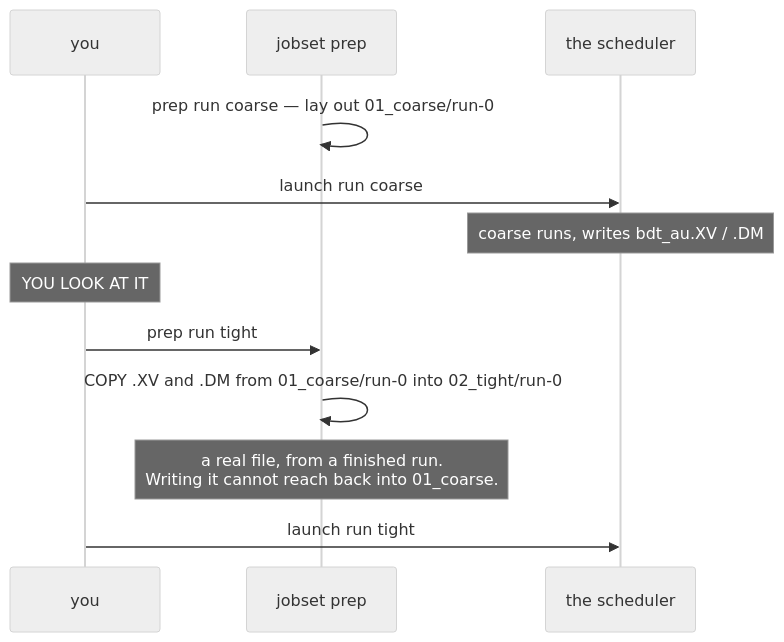
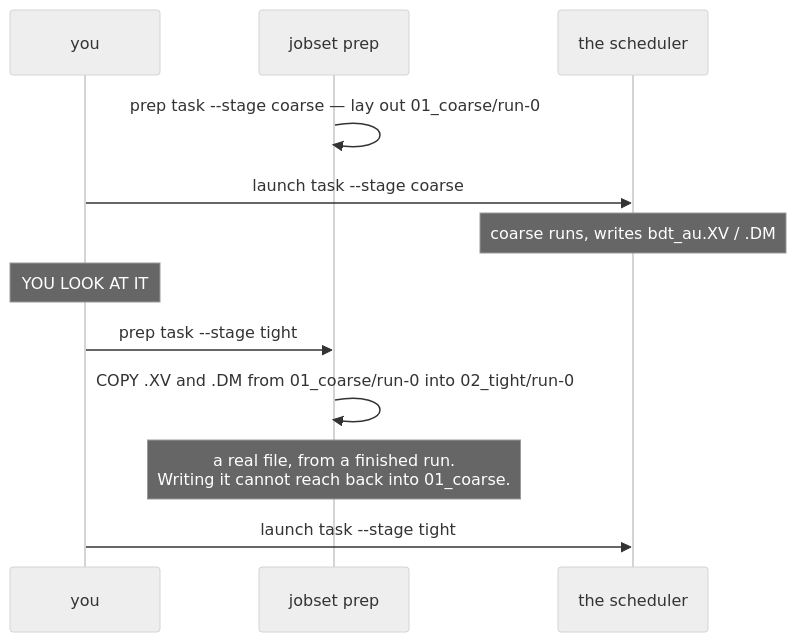
Before and after one commit to Qing-LAB/molbuilder: the third of 10 diagrams in docs/execution/job-system.md, drawn with Mermaid (neutral theme). The commit also changed other lines of this file and 30 other files, not shown here.

````diff
--- a/docs/execution/job-system.md
+++ b/docs/execution/job-system.md
@@ -700,14 +700,14 @@
 ```mermaid
 sequenceDiagram
     participant U as you
     participant P as jobset prep
     participant S as the scheduler
-    P->>P: prep run coarse — lay out 01_coarse/run-0
-    U->>S: launch run coarse
+    P->>P: prep task --stage coarse — lay out 01_coarse/run-0
+    U->>S: launch task --stage coarse
     Note over S: coarse runs, writes bdt_au.XV / .DM
     Note over U: YOU LOOK AT IT
-    U->>P: prep run tight
+    U->>P: prep task --stage tight
     P->>P: COPY .XV and .DM from 01_coarse/run-0 into 02_tight/run-0
     Note over P: a real file, from a finished run.<br/>Writing it cannot reach back into 01_coarse.
-    U->>S: launch run tight
+    U->>S: launch task --stage tight
 ```
````
